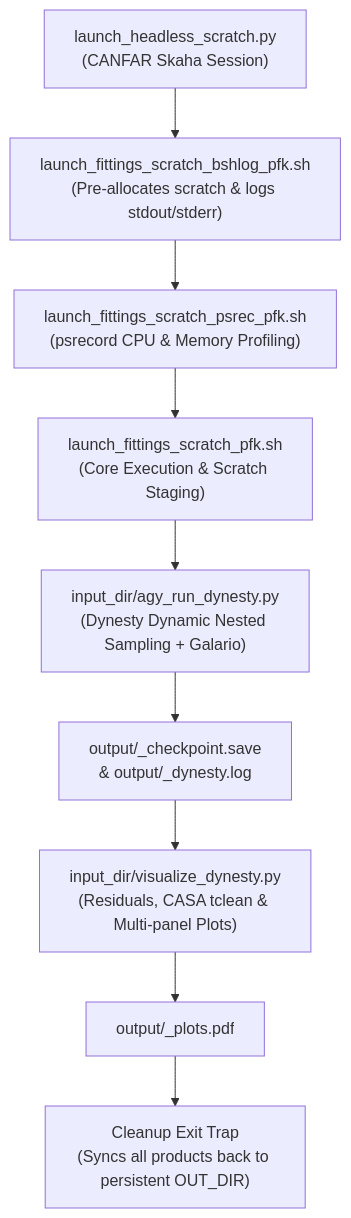
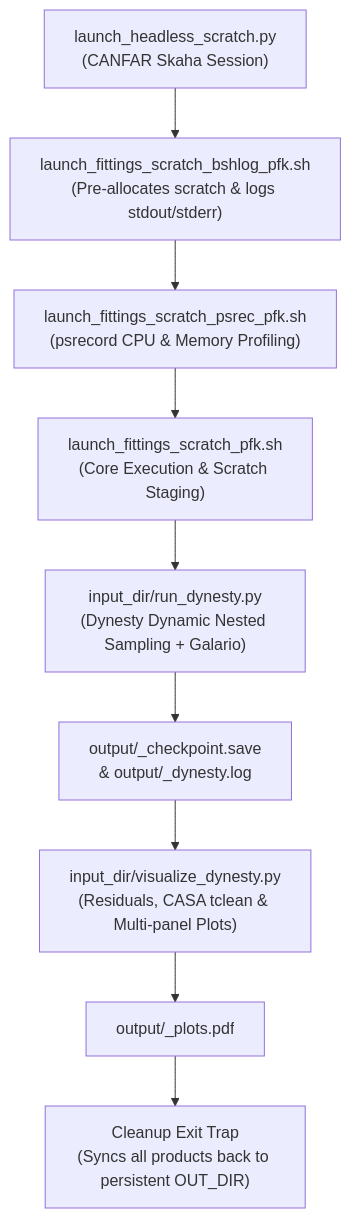
One commit to pknowlton/ALMA-Galaxy-Visibility-Modelling-PFKWork changed the diagram in README.md. Above: the diagram before and after it, drawn with Mermaid. The commit also changed other lines of this file and 62 other files, not shown here.

Commit message:
msc-v3: slim repo to dyn_version only; rename run_dynesty.py and prior_tform.py; drop audits, tests, and old versions

````diff
--- a/README.md
+++ b/README.md
@@ -69,11 +69,11 @@
 ```mermaid
 flowchart TD
     A["launch_headless_scratch.py<br>(CANFAR Skaha Session)"] --> B["launch_fittings_scratch_bshlog_pfk.sh<br>(Pre-allocates scratch & logs stdout/stderr)"]
     B --> C["launch_fittings_scratch_psrec_pfk.sh<br>(psrecord CPU & Memory Profiling)"]
     C --> D["launch_fittings_scratch_pfk.sh<br>(Core Execution & Scratch Staging)"]
-    D --> E["input_dir/agy_run_dynesty.py<br>(Dynesty Dynamic Nested Sampling + Galario)"]
+    D --> E["input_dir/run_dynesty.py<br>(Dynesty Dynamic Nested Sampling + Galario)"]
     E --> F["output/<fittype>_checkpoint.save<br>& output/<fittype>_dynesty.log"]
     F --> G["input_dir/visualize_dynesty.py<br>(Residuals, CASA tclean & Multi-panel Plots)"]
     G --> H["output/<fittype>_plots.pdf"]
     H --> I["Cleanup Exit Trap<br>(Syncs all products back to persistent OUT_DIR)"]
 ```
````
